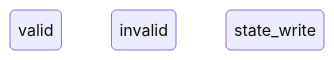
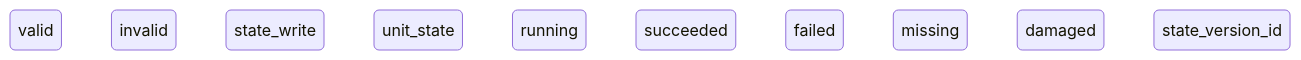
Before and after one commit to OpenDustpan/OpenDustpan: the third of 5 diagrams in openspec/changes/add-gate-configuration-routes/design.md, drawn with Mermaid. The commit also changed other lines of this file and 35 other files, not shown here.

````diff
--- a/openspec/changes/add-gate-configuration-routes/design.md
+++ b/openspec/changes/add-gate-configuration-routes/design.md
@@ -53,8 +54,15 @@
 ```mermaid
 stateDiagram-v2
 state
 state_import
 valid
 invalid
 state_write
+unit_state
+running
+succeeded
+failed
+missing
+damaged
+state_version_id
 ```
````
